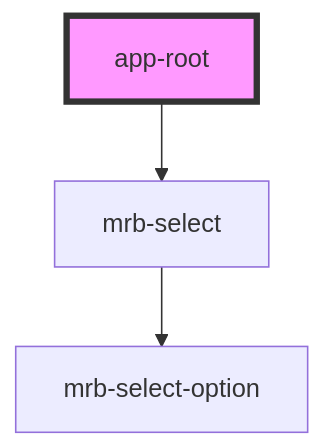
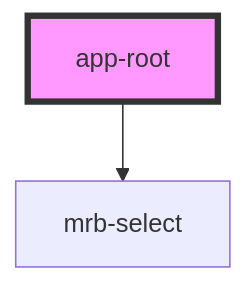
One commit to rbernalagainagain/stenbook changed the diagram in src/readme.md. Above: the diagram before and after it, drawn with Mermaid. The commit also changed other lines of this file and 17 other files, not shown here.

````diff
--- a/src/readme.md
+++ b/src/readme.md
@@ -15,6 +13,5 @@
 ```mermaid
 graph TD;
   app-root --> mrb-select
-  mrb-select --> mrb-select-option
   style app-root fill:#f9f,stroke:#333,stroke-width:4px
 ```
````
